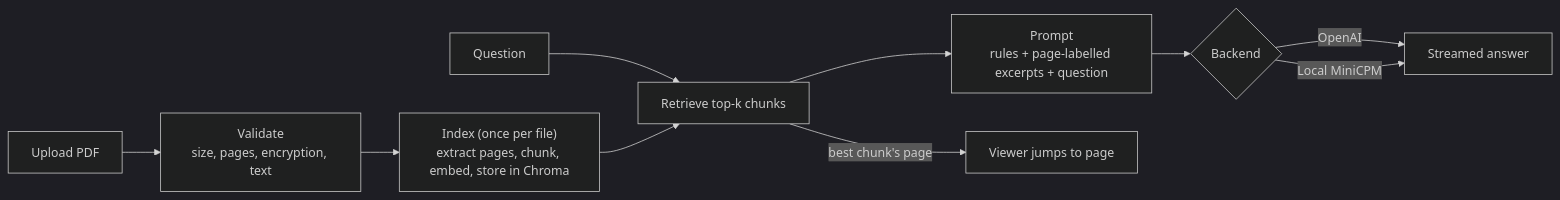
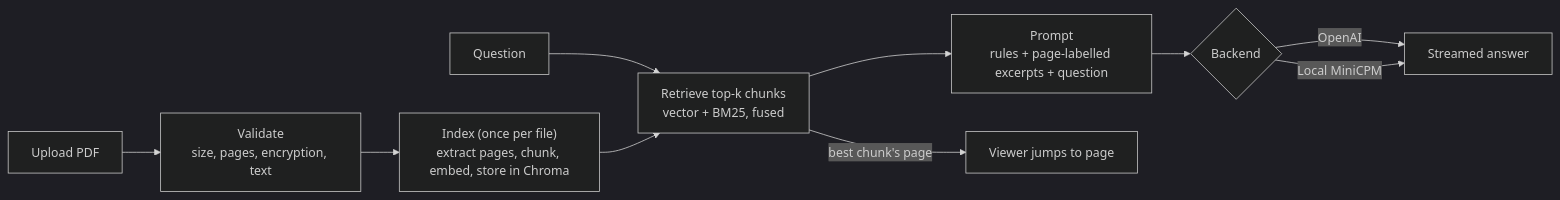
One commit to tc043/pdf_chatbot changed the diagram in README.md. Above: the diagram before and after it, drawn with Mermaid (dark theme). The commit also changed other lines of this file and 12 other files, not shown here.

````diff
--- a/README.md
+++ b/README.md
@@ -107,12 +108,12 @@
 ```mermaid
 flowchart LR
     A[Upload PDF] --> B["Validate<br/>size, pages, encryption, text"]
     B --> C["Index (once per file)<br/>extract pages, chunk, embed, store in Chroma"]
-    Q[Question] --> D[Retrieve top-k chunks]
+    Q[Question] --> D["Retrieve top-k chunks<br/>vector + BM25, fused"]
     C --> D
     D --> E["Prompt<br/>rules + page-labelled excerpts + question"]
     E --> F{Backend}
     F -->|OpenAI| G[Streamed answer]
     F -->|Local MiniCPM| G
     D -->|best chunk's page| H[Viewer jumps to page]
 ```
````
